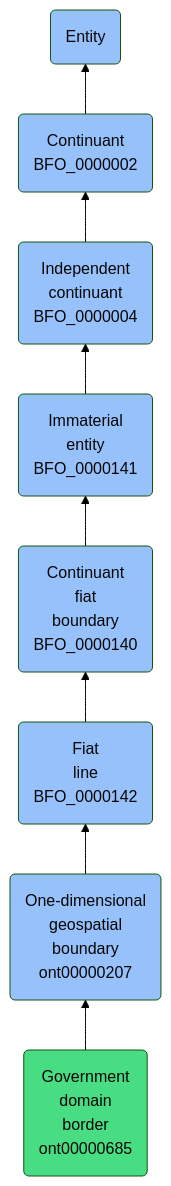
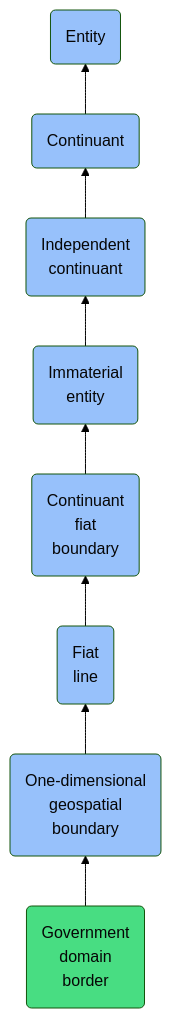
The diagram in docs/ontology/reference/model/Entity/Continuant/Independent continuant/Immaterial entity/Continuant fiat boundary/Fiat line/One-dimensional geospatial boundary/Government domain border/Government domain border.md (jupyter-naas/abi), drawn with Mermaid (forest theme) before and after one commit. The commit also changed other lines of this file and 1430 other files, not shown here.

````diff
--- a/docs/ontology/reference/model/Entity/Continuant/Independent continuant/Immaterial entity/Continuant fiat boundary/Fiat line/One-dimensional geospatial boundary/Government domain border/Government domain border.md
+++ b/docs/ontology/reference/model/Entity/Continuant/Independent continuant/Immaterial entity/Continuant fiat boundary/Fiat line/One-dimensional geospatial boundary/Government domain border/Government domain border.md
@@ -24,15 +24,15 @@
 ```mermaid
 graph BT
-    ont00000685(Government<br>domain<br>border<br>ont00000685):::ABI-->ont00000207
-    ont00000207(One-dimensional<br>geospatial<br>boundary<br>ont00000207):::BFO-->BFO_0000142
-    BFO_0000142(Fiat<br>line<br>BFO_0000142):::BFO-->BFO_0000140
-    BFO_0000140(Continuant<br>fiat<br>boundary<br>BFO_0000140):::BFO-->BFO_0000141
-    BFO_0000141(Immaterial<br>entity<br>BFO_0000141):::BFO-->BFO_0000004
-    BFO_0000004(Independent<br>continuant<br>BFO_0000004):::BFO-->BFO_0000002
-    BFO_0000002(Continuant<br>BFO_0000002):::BFO-->BFO_0000001
+    ont00000685(Government<br>domain<br>border):::ABI-->ont00000207
+    ont00000207(One-dimensional<br>geospatial<br>boundary):::BFO-->BFO_0000142
+    BFO_0000142(Fiat<br>line):::BFO-->BFO_0000140
+    BFO_0000140(Continuant<br>fiat<br>boundary):::BFO-->BFO_0000141
+    BFO_0000141(Immaterial<br>entity):::BFO-->BFO_0000004
+    BFO_0000004(Independent<br>continuant):::BFO-->BFO_0000002
+    BFO_0000002(Continuant):::BFO-->BFO_0000001
     BFO_0000001(Entity):::BFO
     
     classDef BFO fill:#97c1fb,color:#060606
     classDef CCO fill:#e4c51e,color:#060606
     classDef ABI fill:#48DD82,color:#060606
 ```
````
